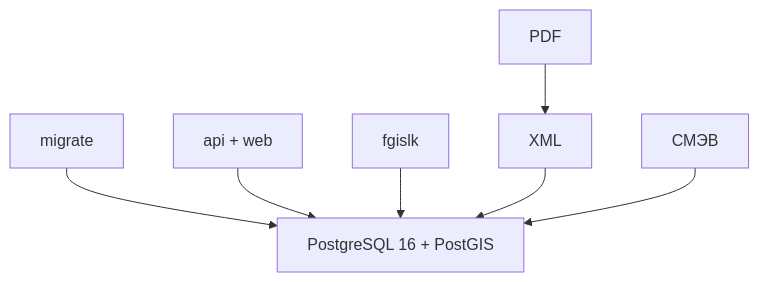
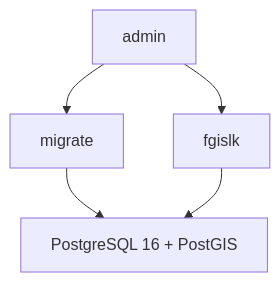
Before and after one commit to AversIgor/dbms: the diagram in Архитектура.md, drawn with Mermaid. The commit also changed other lines of this file and 34 other files, not shown here.

First line of the commit message:
Собрали рабочий контур оператора вместо заготовок api/web.

````diff
--- a/Архитектура.md
+++ b/Архитектура.md
@@ -25,16 +24,11 @@
 ```mermaid
 flowchart TB
   PG["PostgreSQL 16 + PostGIS"]
   Migrate["migrate"]
-  Api["api + web"]
   Import["fgislk"]
-  Xml["XML"]
-  Pdf["PDF"]
-  Smev["СМЭВ"]
+  Admin["admin"]
   Migrate --> PG
-  Api --> PG
   Import --> PG
-  Xml --> PG
-  Pdf --> Xml
-  Smev --> PG
+  Admin --> Migrate
+  Admin --> Import
 ```
````
